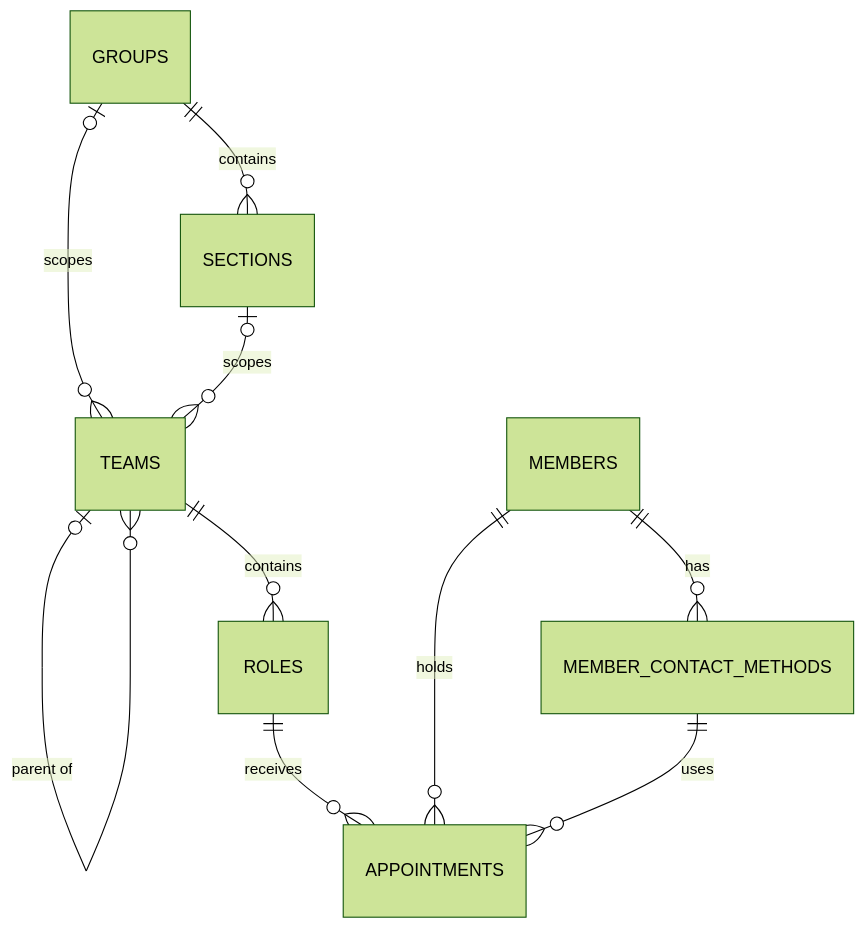
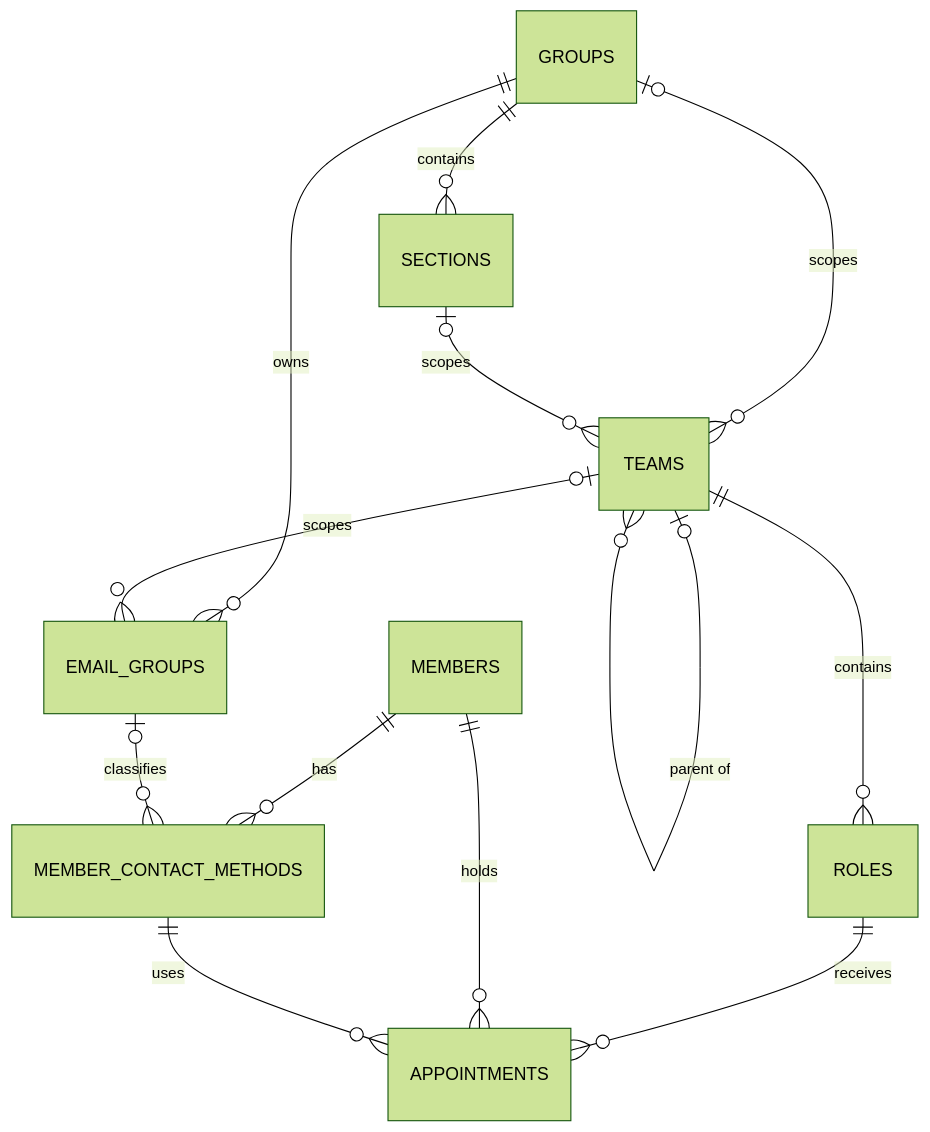
Before and after one commit to LBDistrictScouts/DistrictTeam: the diagram in DATA_SCHEMA.md, drawn with Mermaid (forest theme). The commit also changed other lines of this file and 39 other files, not shown here.

Commit message:
Email Groups

````diff
--- a/DATA_SCHEMA.md
+++ b/DATA_SCHEMA.md
@@ -9,12 +9,15 @@
 ```mermaid
 erDiagram
     GROUPS ||--o{ SECTIONS : contains
     GROUPS o|--o{ TEAMS : scopes
+    GROUPS ||--o{ EMAIL_GROUPS : owns
     SECTIONS o|--o{ TEAMS : scopes
     TEAMS o|--o{ TEAMS : "parent of"
+    TEAMS o|--o{ EMAIL_GROUPS : scopes
     TEAMS ||--o{ ROLES : contains
     MEMBERS ||--o{ MEMBER_CONTACT_METHODS : has
+    EMAIL_GROUPS o|--o{ MEMBER_CONTACT_METHODS : classifies
     ROLES ||--o{ APPOINTMENTS : receives
     MEMBERS ||--o{ APPOINTMENTS : holds
     MEMBER_CONTACT_METHODS ||--o{ APPOINTMENTS : uses
 ```
````
